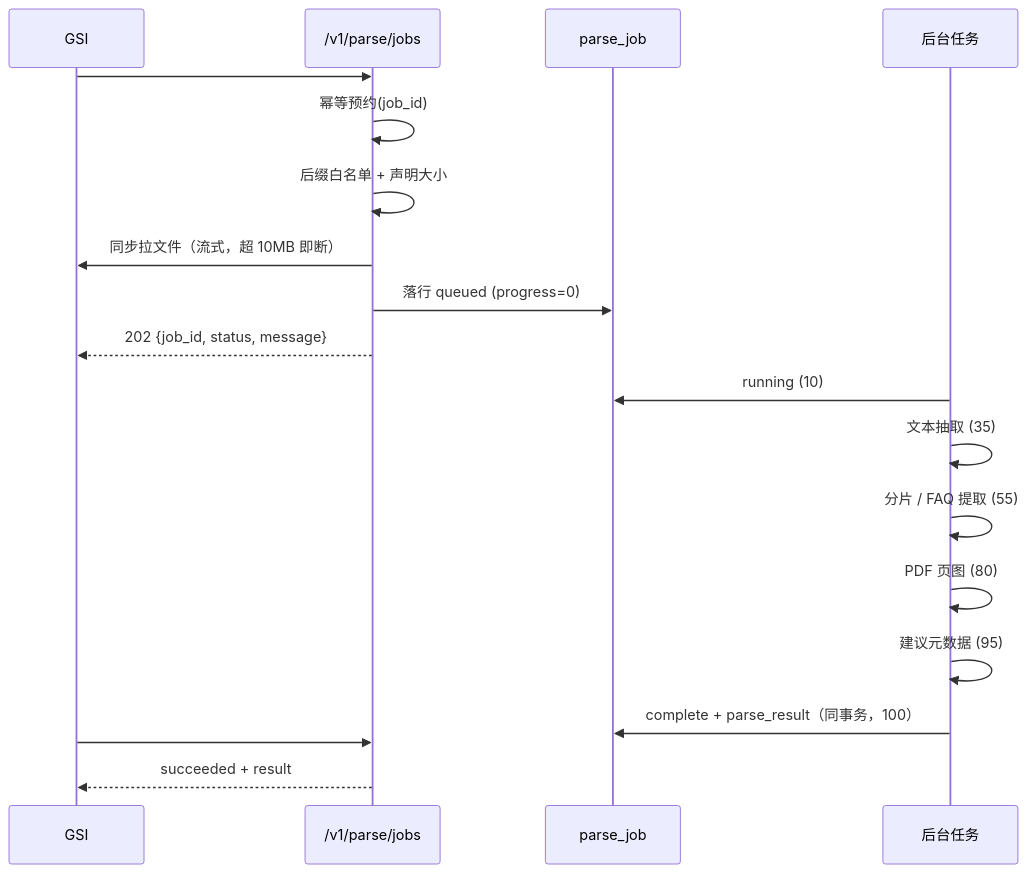
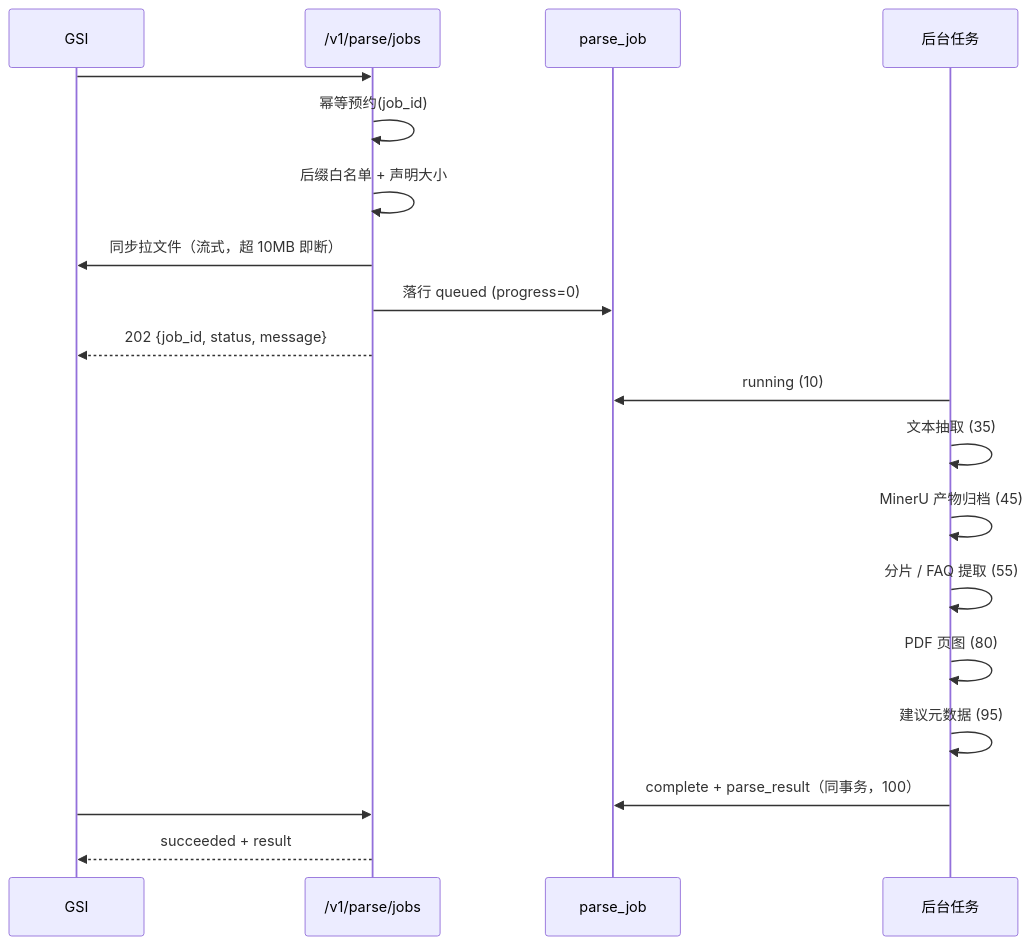
Before and after one commit to pmozx/destlive.yidatec.azbrainagentservice: the first of 2 diagrams in 00-document/05-服务大脑AI项目功能模块说明文档/03-知识平台/01-业务功能说明.md, drawn with Mermaid. The commit also changed other lines of this file and 72 other files, not shown here.

````diff
--- a/00-document/05-服务大脑AI项目功能模块说明文档/03-知识平台/01-业务功能说明.md
+++ b/00-document/05-服务大脑AI项目功能模块说明文档/03-知识平台/01-业务功能说明.md
@@ -112,21 +115,22 @@
 ```mermaid
 sequenceDiagram
     participant GSI
     participant API as /v1/parse/jobs
     participant Job as parse_job
     participant BG as 后台任务
     GSI->>API: #01 job_id + file_url + options
     API->>API: 幂等预约(job_id)
     API->>API: 后缀白名单 + 声明大小
     API->>GSI: 同步拉文件（流式，超 10MB 即断）
     API->>Job: 落行 queued (progress=0)
     API-->>GSI: 202 {job_id, status, message}
     BG->>Job: running (10)
     BG->>BG: 文本抽取 (35)
+    BG->>BG: MinerU 产物归档 (45)
     BG->>BG: 分片 / FAQ 提取 (55)
     BG->>BG: PDF 页图 (80)
     BG->>BG: 建议元数据 (95)
     BG->>Job: complete + parse_result（同事务，100）
     GSI->>API: #02 轮询
     API-->>GSI: succeeded + result
 ```
````
